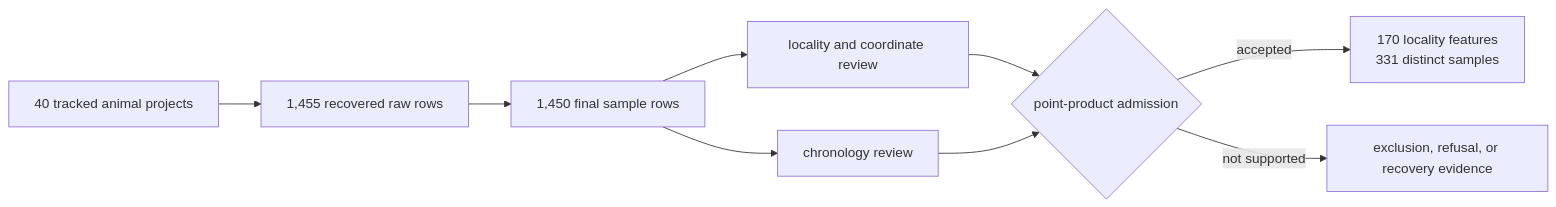
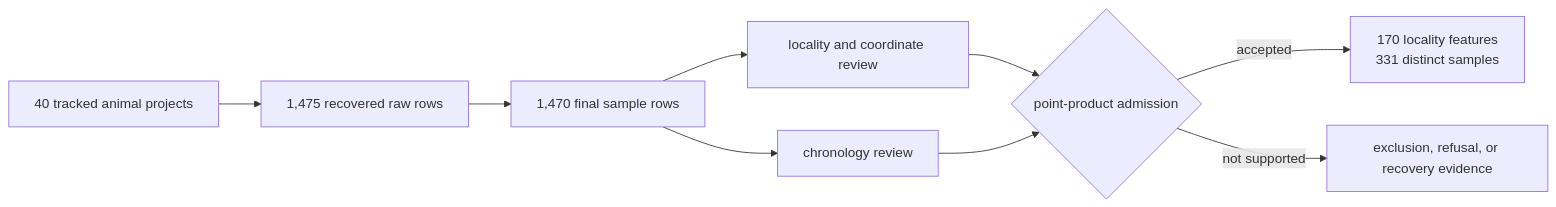
The fifth of 7 diagrams in docs/public/pollenomics/index.md (bijux/bijux-pollenomics), drawn with Mermaid before and after one commit. The commit also changed other lines of this file and 15 other files, not shown here.

````diff
--- a/docs/public/pollenomics/index.md
+++ b/docs/public/pollenomics/index.md
@@ -209,11 +209,11 @@
 ```mermaid
 flowchart LR
-    Project["40 tracked animal projects"] --> Raw["1,455 recovered raw rows"]
-    Raw --> Sample["1,450 final sample rows"]
+    Project["40 tracked animal projects"] --> Raw["1,475 recovered raw rows"]
+    Raw --> Sample["1,470 final sample rows"]
     Sample --> Place["locality and coordinate review"]
     Sample --> Time["chronology review"]
     Place --> Admission{"point-product admission"}
     Time --> Admission
     Admission -->|accepted| Point["170 locality features<br/>331 distinct samples"]
     Admission -->|not supported| VisibleGap["exclusion, refusal, or recovery evidence"]
 ```
````
